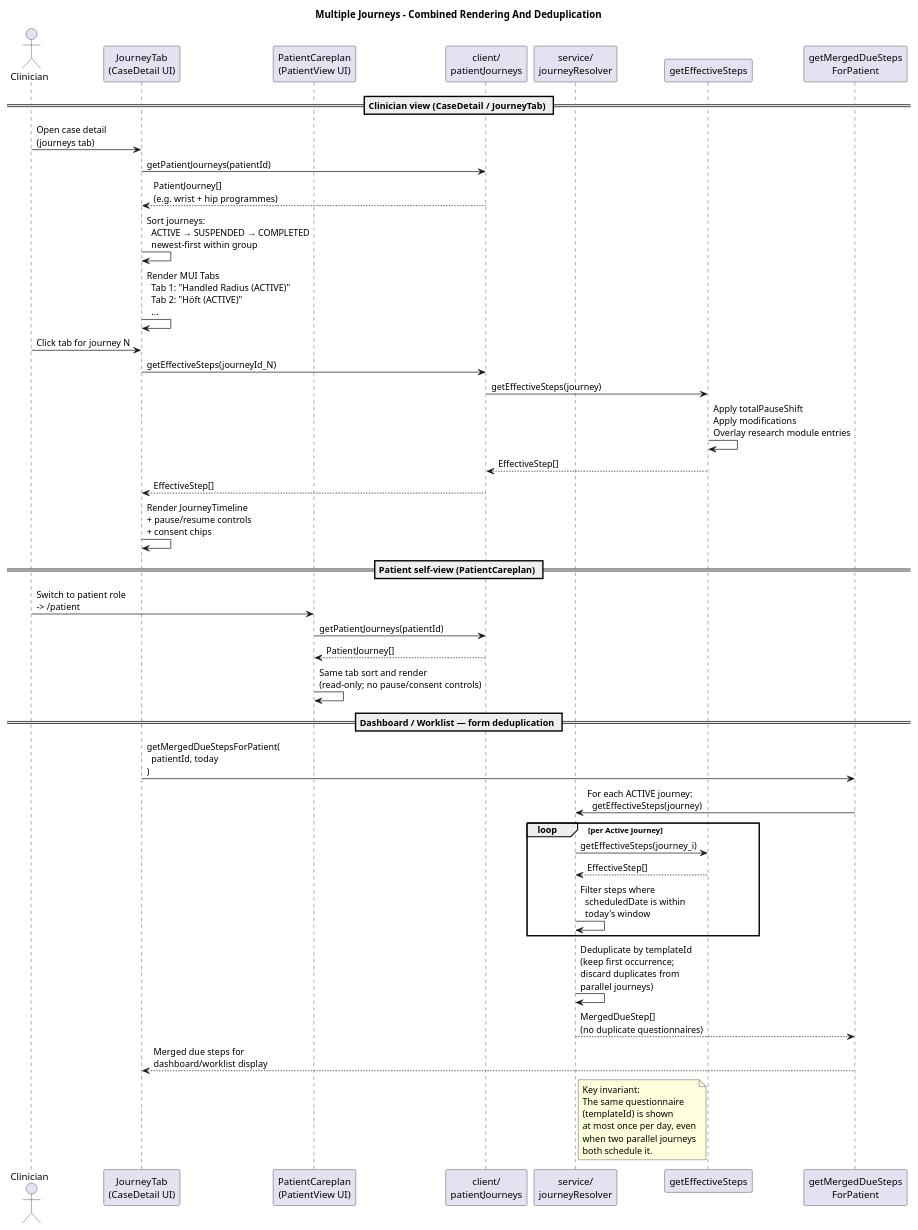
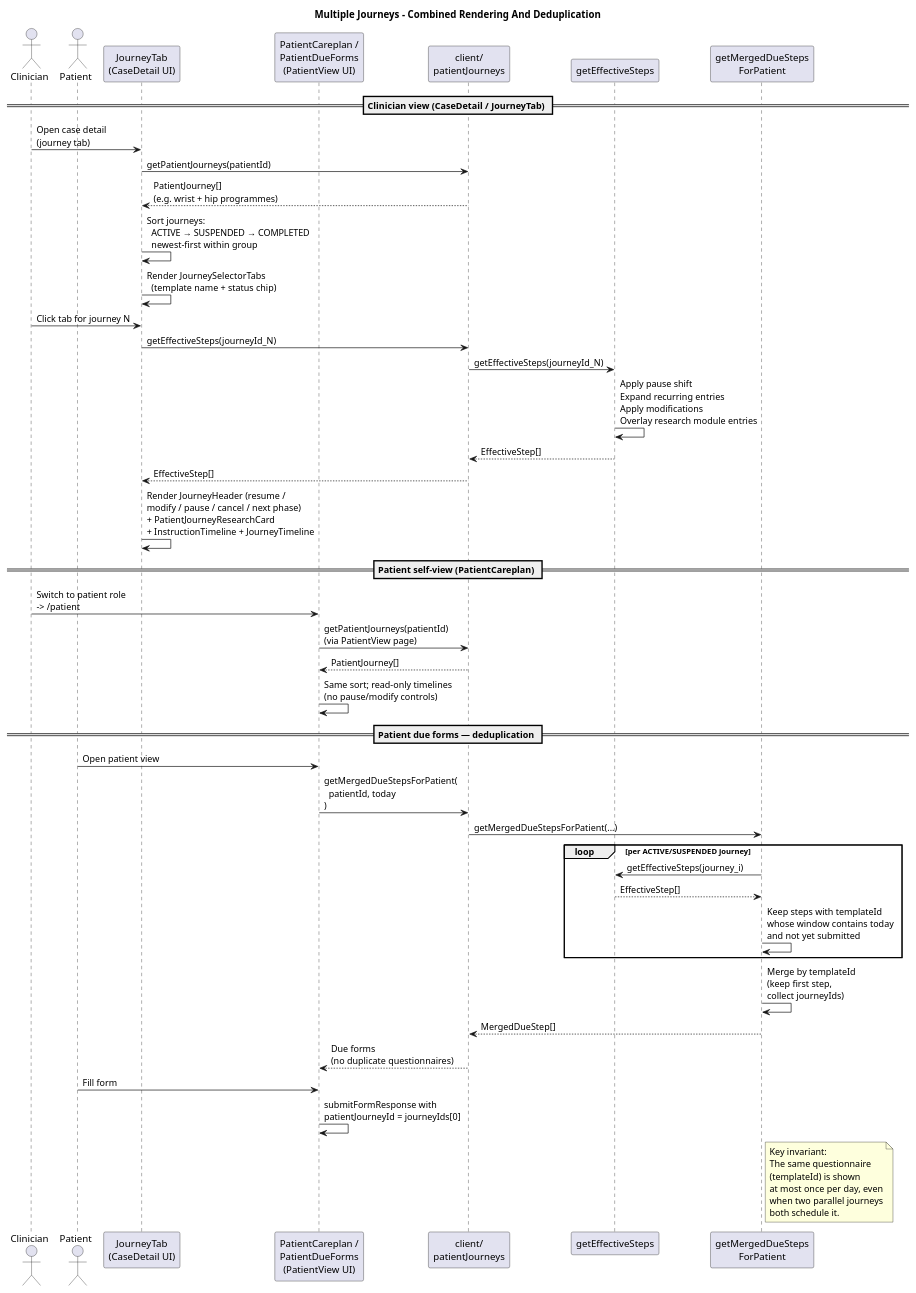
Before and after one commit to gforge/DUK: the diagram in docs/diagrams/parallel-journey-rendering-sequence.puml, drawn with PlantUML. The commit also changed 49 other files, not shown here.

First line of the commit message:
Update docs and diagrams to match current implementation

```diff
--- a/docs/diagrams/parallel-journey-rendering-sequence.puml
+++ b/docs/diagrams/parallel-journey-rendering-sequence.puml
@@ -1,64 +1,68 @@
 @startuml
 ' Purpose: Combined rendering and deduplication for parallel journeys
 ' Source of truth:
 '   src/api/service/journeyResolver.ts
 '   src/components/case/JourneyTab/index.tsx
 '   src/components/patientView/PatientCareplan/main.tsx
+'   src/components/patientView/PatientDueForms/index.tsx
 
 title Multiple Journeys - Combined Rendering And Deduplication
 
 actor Clinician
+actor Patient
 participant "JourneyTab\n(CaseDetail UI)" as JT
-participant "PatientCareplan\n(PatientView UI)" as PC
+participant "PatientCareplan /\nPatientDueForms\n(PatientView UI)" as PC
 participant "client/\npatientJourneys" as Client
-participant "service/\njourneyResolver" as Resolver
 participant "getEffectiveSteps" as GES
 participant "getMergedDueSteps\nForPatient" as MDS
 
 == Clinician view (CaseDetail / JourneyTab) ==
 
-Clinician -> JT : Open case detail\n(journeys tab)
+Clinician -> JT : Open case detail\n(journey tab)
 JT -> Client : getPatientJourneys(patientId)
 Client --> JT : PatientJourney[]\n(e.g. wrist + hip programmes)
 JT -> JT : Sort journeys:\n  ACTIVE → SUSPENDED → COMPLETED\n  newest-first within group
-JT -> JT : Render MUI Tabs\n  Tab 1: "Handled Radius (ACTIVE)"\n  Tab 2: "Höft (ACTIVE)"\n  ...
+JT -> JT : Render JourneySelectorTabs\n  (template name + status chip)
 Clinician -> JT : Click tab for journey N
 JT -> Client : getEffectiveSteps(journeyId_N)
-Client -> GES : getEffectiveSteps(journey)
-GES -> GES : Apply totalPauseShift\nApply modifications\nOverlay research module entries
+Client -> GES : getEffectiveSteps(journeyId_N)
+GES -> GES : Apply pause shift\nExpand recurring entries\nApply modifications\nOverlay research module entries
 GES --> Client : EffectiveStep[]
 Client --> JT : EffectiveStep[]
-JT -> JT : Render JourneyTimeline\n+ pause/resume controls\n+ consent chips
+JT -> JT : Render JourneyHeader (resume /\nmodify / pause / cancel / next phase)\n+ PatientJourneyResearchCard\n+ InstructionTimeline + JourneyTimeline
 
 == Patient self-view (PatientCareplan) ==
 
 Clinician -> PC : Switch to patient role\n-> /patient
-PC -> Client : getPatientJourneys(patientId)
+PC -> Client : getPatientJourneys(patientId)\n(via PatientView page)
 Client --> PC : PatientJourney[]
-PC -> PC : Same tab sort and render\n(read-only; no pause/consent controls)
+PC -> PC : Same sort; read-only timelines\n(no pause/modify controls)
 
-== Dashboard / Worklist — form deduplication ==
+== Patient due forms — deduplication ==
 
-JT -> MDS : getMergedDueStepsForPatient(\n  patientId, today\n)
-MDS -> Resolver : For each ACTIVE journey:\n  getEffectiveSteps(journey)
+Patient -> PC : Open patient view
+PC -> Client : getMergedDueStepsForPatient(\n  patientId, today\n)
+Client -> MDS : getMergedDueStepsForPatient(...)
 
-loop per Active Journey
-  Resolver -> GES : getEffectiveSteps(journey_i)
-  GES --> Resolver : EffectiveStep[]
-  Resolver -> Resolver : Filter steps where\n  scheduledDate is within\n  today's window
+loop per ACTIVE/SUSPENDED journey
+  MDS -> GES : getEffectiveSteps(journey_i)
+  GES --> MDS : EffectiveStep[]
+  MDS -> MDS : Keep steps with templateId\nwhose window contains today\nand not yet submitted
 end
 
-Resolver -> Resolver : Deduplicate by templateId\n(keep first occurrence;\ndiscard duplicates from\nparallel journeys)
-Resolver --> MDS : MergedDueStep[]\n(no duplicate questionnaires)
-MDS --> JT : Merged due steps for\ndashboard/worklist display
+MDS -> MDS : Merge by templateId\n(keep first step,\ncollect journeyIds)
+MDS --> Client : MergedDueStep[]
+Client --> PC : Due forms\n(no duplicate questionnaires)
+Patient -> PC : Fill form
+PC -> PC : submitFormResponse with\npatientJourneyId = journeyIds[0]
 
-note right of Resolver
+note right of MDS
   Key invariant:
   The same questionnaire
   (templateId) is shown
   at most once per day, even
   when two parallel journeys
   both schedule it.
 end note
 
 @enduml
```
